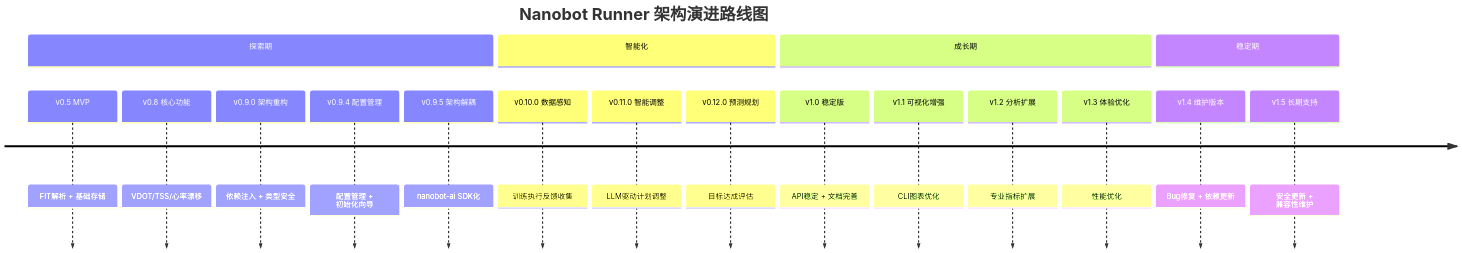
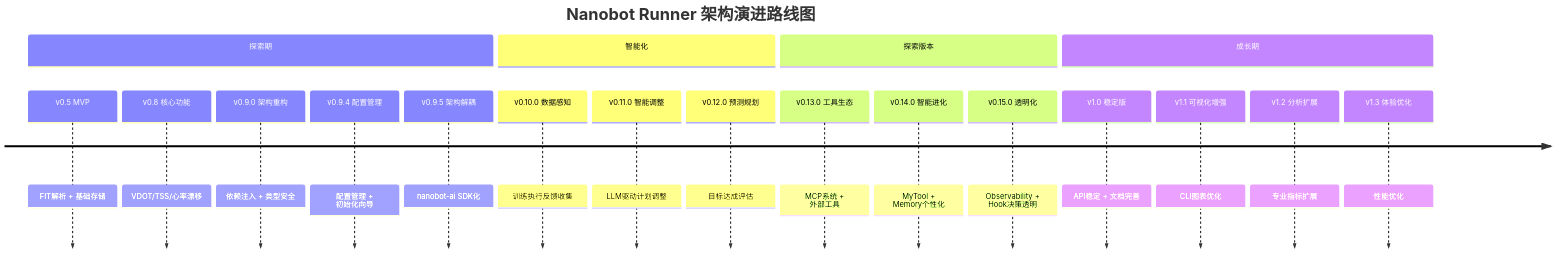
One commit to yecllsl/nanobot-runner changed the seventh of 7 diagrams in docs/architecture/架构设计说明书.md. Above: the diagram before and after it, drawn with Mermaid. The commit also changed other lines of this file and 5 other files, not shown here.

````diff
--- a/docs/architecture/架构设计说明书.md
+++ b/docs/architecture/架构设计说明书.md
@@ -5061,22 +776,23 @@
 ```mermaid
 timeline
     title Nanobot Runner 架构演进路线图
     section 探索期
         v0.5 MVP : FIT解析 + 基础存储
         v0.8 核心功能 : VDOT/TSS/心率漂移
         v0.9.0 架构重构 : 依赖注入 + 类型安全
         v0.9.4 配置管理 : 配置管理 + 初始化向导
         v0.9.5 架构解耦 : nanobot-ai SDK化
     section 智能化
         v0.10.0 数据感知 : 训练执行反馈收集
         v0.11.0 智能调整 : LLM驱动计划调整
         v0.12.0 预测规划 : 目标达成评估
+    section 探索版本
+        v0.13.0 工具生态 : MCP系统 + 外部工具
+        v0.14.0 智能进化 : MyTool + Memory个性化
+        v0.15.0 透明化 : Observability + Hook决策透明
     section 成长期
         v1.0 稳定版 : API稳定 + 文档完善
         v1.1 可视化增强 : CLI图表优化
         v1.2 分析扩展 : 专业指标扩展
         v1.3 体验优化 : 性能优化
-    section 稳定期
-        v1.4 维护版本 : Bug修复 + 依赖更新
-        v1.5 长期支持 : 安全更新 + 兼容性维护
 ```
````
